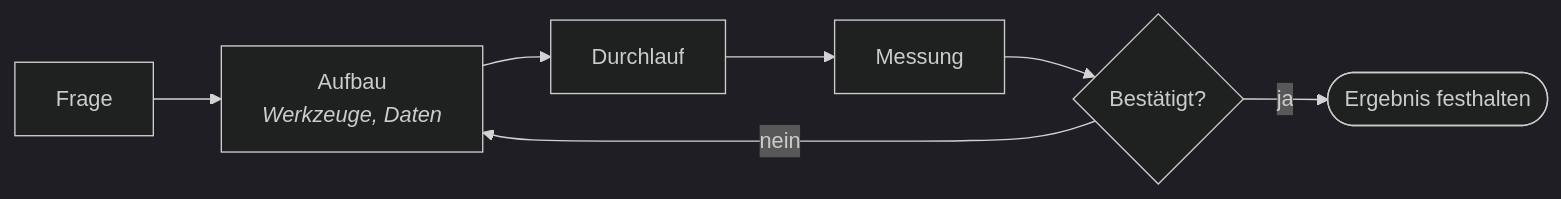
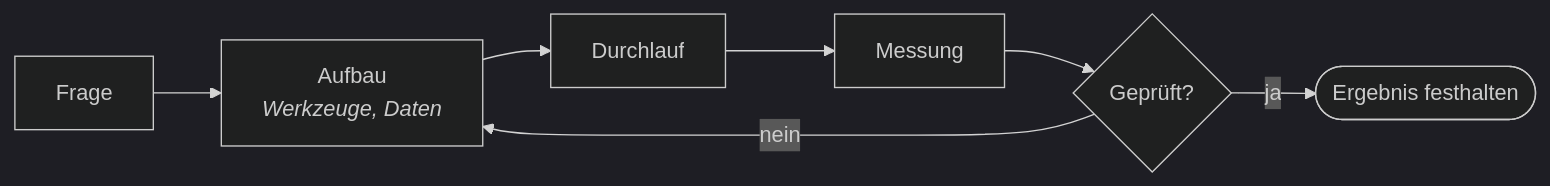
One commit to HomenSAI/two-worlds-one-mind changed the diagram in book/de/05-lab.md. Above: the diagram before and after it, drawn with Mermaid (dark theme). The commit also changed 12 other files, not shown here.

````diff
--- a/book/de/05-lab.md
+++ b/book/de/05-lab.md
@@ -15,6 +15,6 @@
 ```mermaid
 flowchart LR
-    Q[Frage] --> H[Aufbau<br/><i>Werkzeuge, Daten</i>] --> R[Durchlauf] --> M[Messung] --> V{Bestätigt?}
+    Q[Frage] --> H[Aufbau<br/><i>Werkzeuge, Daten</i>] --> R[Durchlauf] --> M[Messung] --> V{Geprüft?}
     V -- ja --> D([Ergebnis festhalten])
     V -- nein --> H
 ```
````
